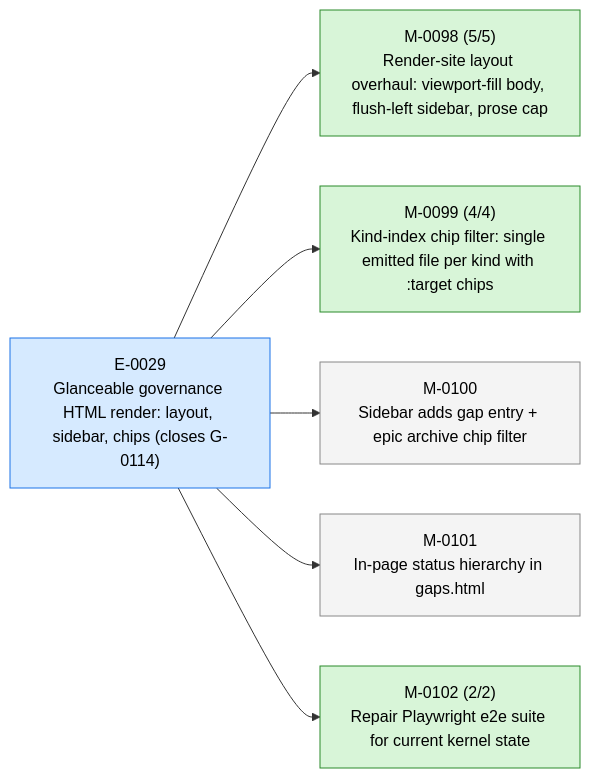
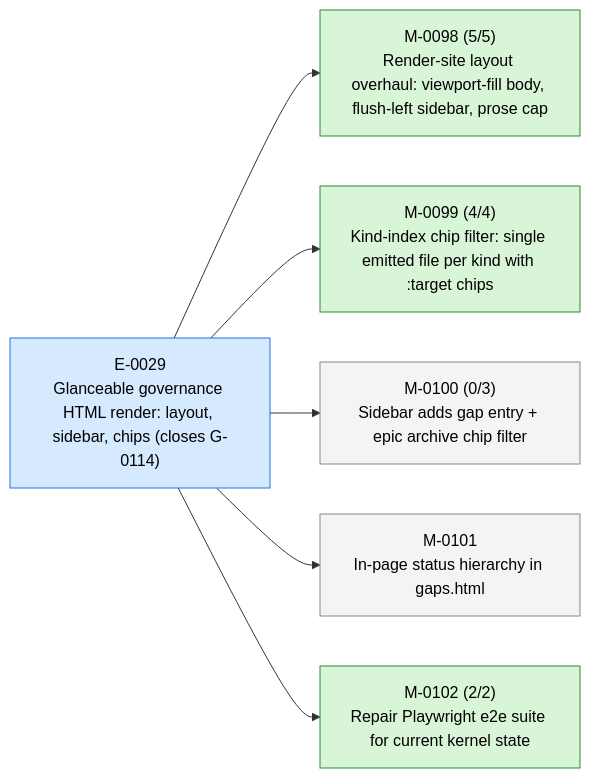
The first of 3 diagrams in STATUS.md (23min/aiwf), drawn with Mermaid before and after one commit. The commit also changed other lines of this file and 1 other file, not shown here.

````diff
--- a/STATUS.md
+++ b/STATUS.md
@@ -17,20 +17,20 @@
 ```mermaid
 flowchart LR
   E_0029["E-0029<br/>Glanceable governance HTML render: layout, sidebar, chips (closes G-0114)"]:::epic_active
   M_0098["M-0098 (5/5)<br/>Render-site layout overhaul: viewport-fill body, flush-left sidebar, prose cap"]:::ms_done
   E_0029 --> M_0098
   M_0099["M-0099 (4/4)<br/>Kind-index chip filter: single emitted file per kind with :target chips"]:::ms_done
   E_0029 --> M_0099
-  M_0100["M-0100<br/>Sidebar adds gap entry + epic archive chip filter"]:::ms_draft
+  M_0100["M-0100 (0/3)<br/>Sidebar adds gap entry + epic archive chip filter"]:::ms_draft
   E_0029 --> M_0100
   M_0101["M-0101<br/>In-page status hierarchy in gaps.html"]:::ms_draft
   E_0029 --> M_0101
   M_0102["M-0102 (2/2)<br/>Repair Playwright e2e suite for current kernel state"]:::ms_done
   E_0029 --> M_0102
   classDef epic_active fill:#d6eaff,stroke:#1a73e8,color:#000
   classDef epic_proposed fill:#f4f4f4,stroke:#888,color:#000
   classDef ms_done fill:#d8f5d8,stroke:#2a8a2a,color:#000
   classDef ms_in_progress fill:#fff3c4,stroke:#caa400,color:#000
   classDef ms_draft fill:#f4f4f4,stroke:#888,color:#000
   classDef ms_cancelled fill:#fbeaea,stroke:#c33,color:#000
 ```
````
